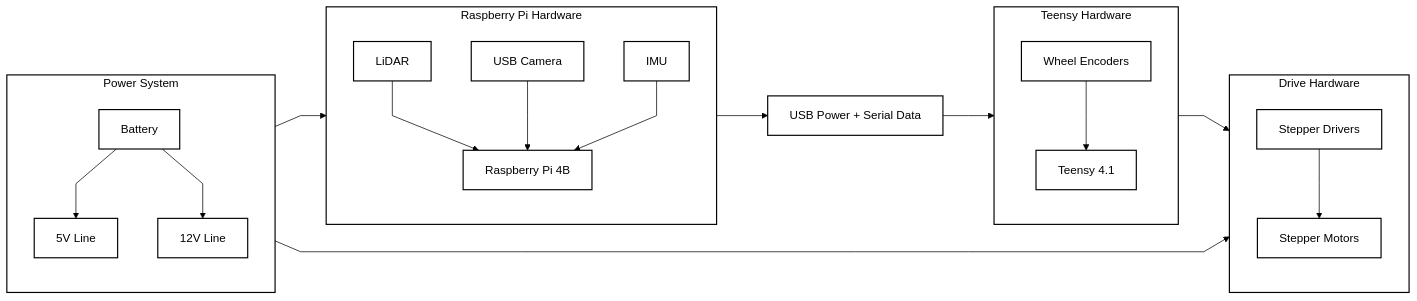
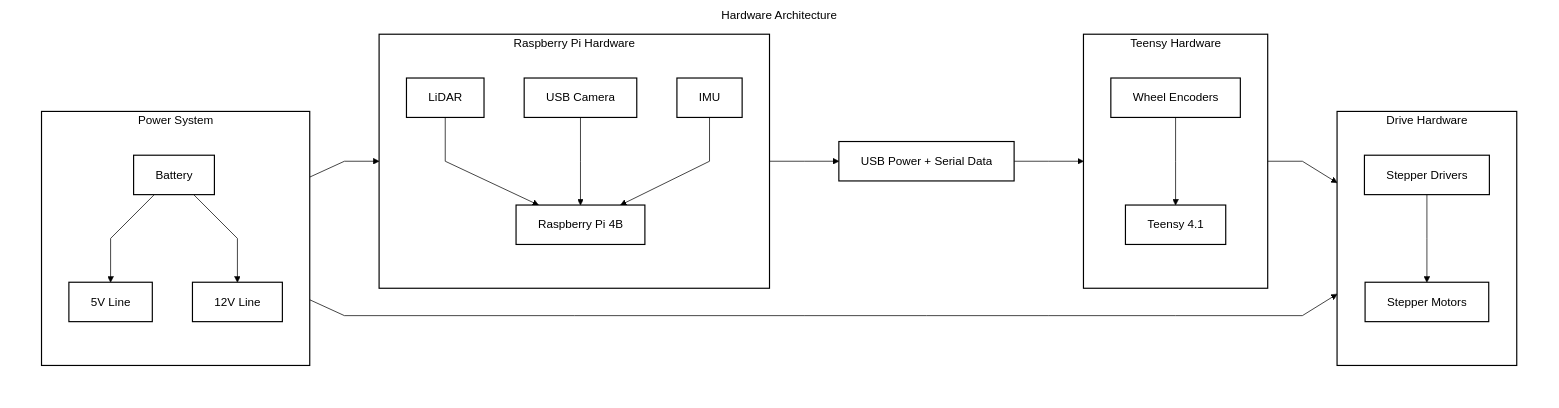
Before and after one commit to DyllonDunton1/Slambot_Charlie: the diagram in architecture/hardware_architecture.md, drawn with Mermaid. The commit also changed 2 other files, not shown here.

Commit message:
Embed architecture diagrams in README

````diff
--- a/architecture/hardware_architecture.md
+++ b/architecture/hardware_architecture.md
@@ -5,78 +5,79 @@
 ```mermaid
-%%{init: {
-  "theme": "base",
-  "themeVariables": {
-    "background": "#ffffff",
-    "mainBkg": "#ffffff",
-    "primaryColor": "#ffffff",
-    "secondaryColor": "#ffffff",
-    "tertiaryColor": "#ffffff",
-    "primaryTextColor": "#000000",
-    "secondaryTextColor": "#000000",
-    "tertiaryTextColor": "#000000",
-    "primaryBorderColor": "#000000",
-    "clusterBkg": "#ffffff",
-    "clusterBorder": "#000000",
-    "lineColor": "#000000",
-    "edgeLabelBackground": "#ffffff",
-    "fontFamily": "Arial, sans-serif"
-  },
-  "flowchart": {
-    "curve": "linear",
-    "htmlLabels": true,
-    "nodeSpacing": 55,
-    "rankSpacing": 70
-  }
-}}%%
+---
+config:
+  theme: base
+  themeVariables:
+    background: '#ffffff'
+    mainBkg: '#ffffff'
+    primaryColor: '#ffffff'
+    primaryTextColor: '#000000'
+    primaryBorderColor: '#000000'
+    clusterBkg: '#ffffff'
+    clusterBorder: '#000000'
+    lineColor: '#000000'
+    edgeLabelBackground: '#ffffff'
+    fontFamily: ''
+  flowchart:
+    curve: linear
+    htmlLabels: true
+    nodeSpacing: 55
+    rankSpacing: 70
+  layout: fixed
+---
 flowchart LR
 
-    subgraph POWER["Power System"]
-        direction TB
-        BAT["Battery"]
-        V5["5V Line"]
-        V12["12V Line"]
-        BAT --> V5
-        BAT --> V12
+    subgraph CANVAS[Hardware Architecture]
+        direction LR
+
+        subgraph POWER[Power System]
+            direction TB
+            BAT[Battery]
+            V5[5V Line]
+            V12[12V Line]
+            BAT --> V5
+            BAT --> V12
+        end
+
+        subgraph RPI[Raspberry Pi Hardware]
+            direction TB
+            PI[Raspberry Pi 4B]
+            LIDAR[LiDAR]
+            CAMERA[USB Camera]
+            IMU[IMU]
+            LIDAR --> PI
+            CAMERA --> PI
+            IMU --> PI
+        end
+
+        USB[USB Power + Serial Data]
+
+        subgraph MCU[Teensy Hardware]
+            direction TB
+            TEENSY[Teensy 4.1]
+            ENCODER[Wheel Encoders]
+            ENCODER --> TEENSY
+        end
+
+        subgraph DRIVE[Drive Hardware]
+            direction TB
+            DRIVER[Stepper Drivers]
+            MOTOR[Stepper Motors]
+            DRIVER --> MOTOR
+        end
+
+        V5 --> PI
+        V12 --> DRIVER
+        PI --> USB
+        USB --> TEENSY
+        TEENSY --> DRIVER
     end
-
-    subgraph RPI["Raspberry Pi Hardware"]
-        direction TB
-        PI["Raspberry Pi 4B"]
-        LIDAR["LiDAR"]
-        CAMERA["USB Camera"]
-        IMU["IMU"]
-        LIDAR --> PI
-        CAMERA --> PI
-        IMU --> PI
-    end
-
-    USB["USB Power + Serial Data"]
-
-    subgraph MCU["Teensy Hardware"]
-        direction TB
-        TEENSY["Teensy 4.1"]
-        ENCODER["Wheel Encoders"]
-        ENCODER --> TEENSY
-    end
-
-    subgraph DRIVE["Drive Hardware"]
-        direction TB
-        DRIVER["Stepper Drivers"]
-        MOTOR["Stepper Motors"]
-        DRIVER --> MOTOR
-    end
-
-    V5 --> PI
-    V12 --> DRIVER
-    PI --> USB
-    USB --> TEENSY
-    TEENSY --> DRIVER
 
     classDef block fill:#ffffff,stroke:#000000,color:#000000,stroke-width:1.6px;
     class BAT,V5,V12,PI,LIDAR,CAMERA,IMU,USB,TEENSY,ENCODER,DRIVER,MOTOR block;
 
-    style POWER fill:#ffffff,stroke:#000000,color:#000000,stroke-width:1.6px;
-    style RPI fill:#ffffff,stroke:#000000,color:#000000,stroke-width:1.6px;
-    style MCU fill:#ffffff,stroke:#000000,color:#000000,stroke-width:1.6px;
-    style DRIVE fill:#ffffff,stroke:#000000,color:#000000,stroke-width:1.6px;
+    style CANVAS fill:#ffffff,stroke:#ffffff,color:#000000
+    style POWER fill:#ffffff,stroke:#000000,color:#000000,stroke-width:1.6px
+    style RPI fill:#ffffff,stroke:#000000,color:#000000,stroke-width:1.6px
+    style MCU fill:#ffffff,stroke:#000000,color:#000000,stroke-width:1.6px
+    style DRIVE fill:#ffffff,stroke:#000000,color:#000000,stroke-width:1.6px
 ```
````
